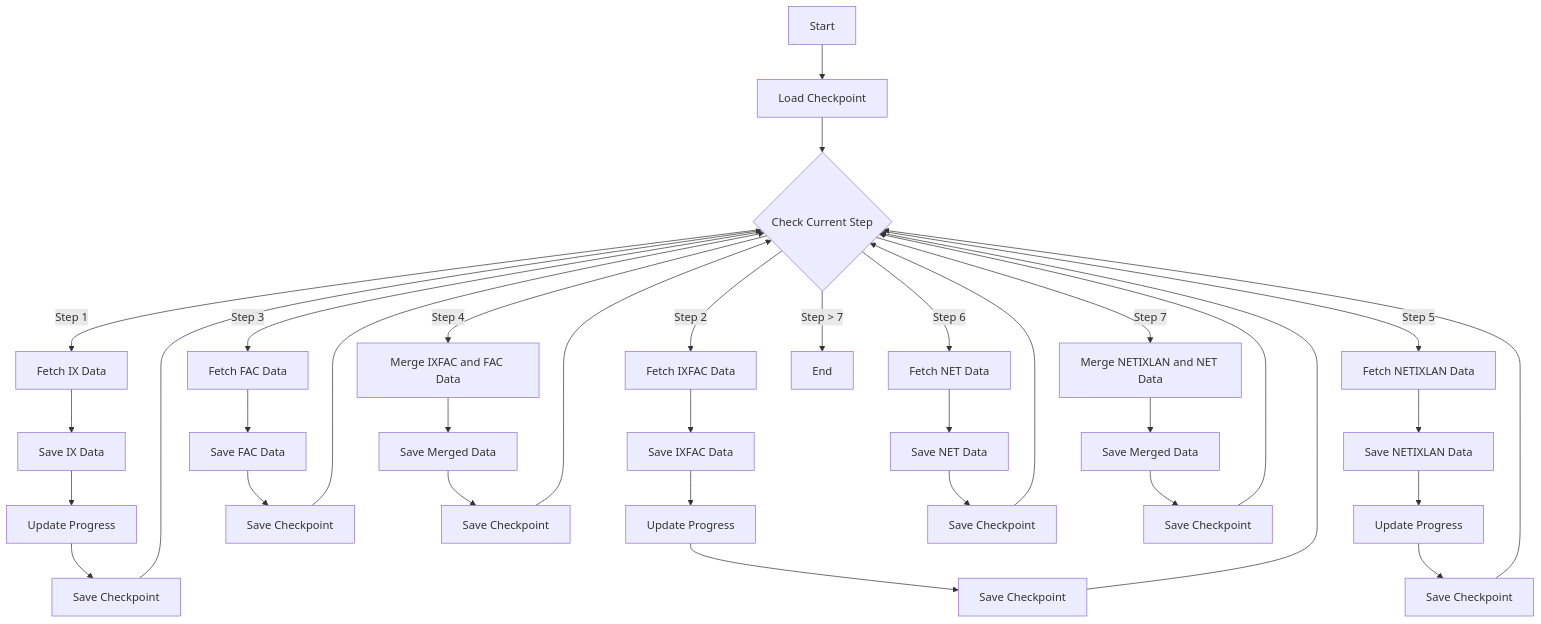
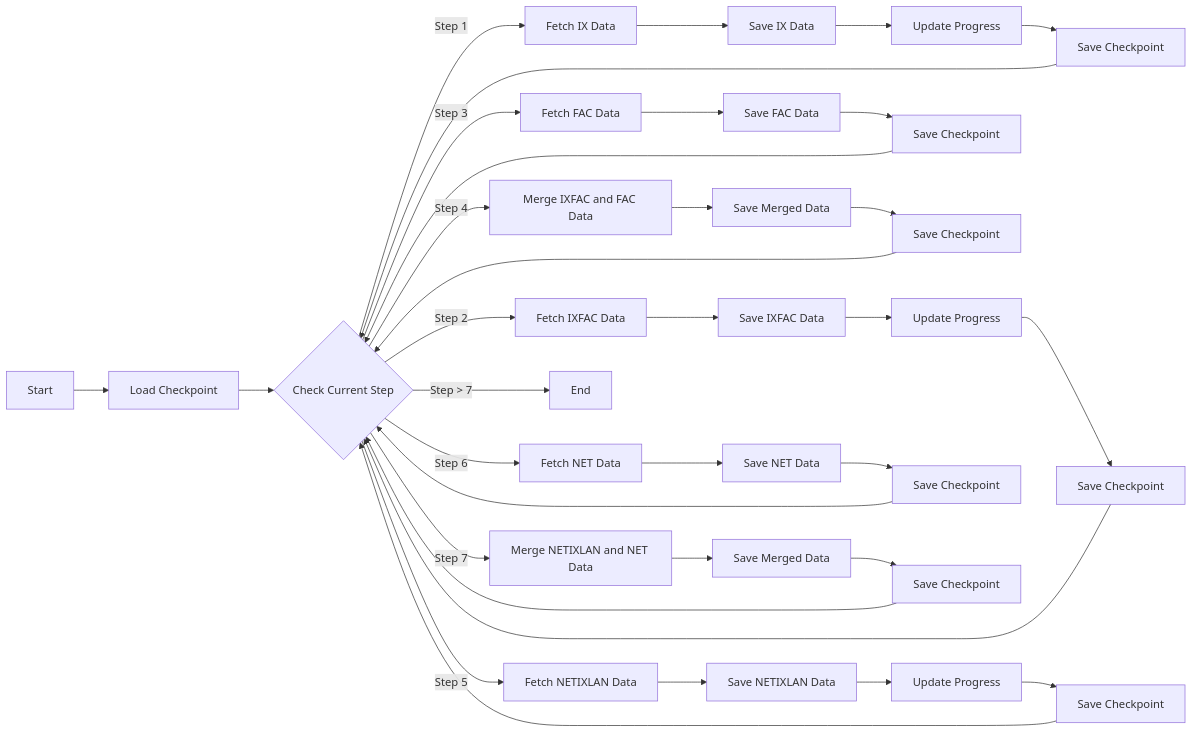
The diagram in PROJECT.md (ibebrasil/ix.br-network-traffic-capacity-analysis), drawn with Mermaid before and after one commit.

Commit message:
fix: Reorder steps in project flow diagram

````diff
--- a/PROJECT.md
+++ b/PROJECT.md
@@ -3,45 +3,45 @@
 ```mermaid
-graph TD
+graph LR
     A[Start] --> B[Load Checkpoint]
     B --> C{Check Current Step}
     
-    C -->|Step 1| D[Fetch IX Data]
-    D --> E[Save IX Data]
-    E --> F[Update Progress]
-    F --> G[Save Checkpoint]
-    G --> C
+    C -->|Step 1| D1[Fetch IX Data]
+    D1 --> E1[Save IX Data]
+    E1 --> F1[Update Progress]
+    F1 --> G1[Save Checkpoint]
+    G1 --> C
     
-    C -->|Step 2| H[Fetch IXFAC Data]
-    H --> I[Save IXFAC Data]
-    I --> J[Update Progress]
-    J --> K[Save Checkpoint]
-    K --> C
+    C -->|Step 2| D2[Fetch IXFAC Data]
+    D2 --> E2[Save IXFAC Data]
+    E2 --> F2[Update Progress]
+    F2 --> G2[Save Checkpoint]
+    G2 --> C
     
-    C -->|Step 3| L[Fetch FAC Data]
-    L --> M[Save FAC Data]
-    M --> N[Save Checkpoint]
-    N --> C
+    C -->|Step 3| D3[Fetch FAC Data]
+    D3 --> E3[Save FAC Data]
+    E3 --> F3[Save Checkpoint]
+    F3 --> C
     
-    C -->|Step 4| O[Merge IXFAC and FAC Data]
-    O --> P[Save Merged Data]
-    P --> Q[Save Checkpoint]
-    Q --> C
+    C -->|Step 4| D4[Merge IXFAC and FAC Data]
+    D4 --> E4[Save Merged Data]
+    E4 --> F4[Save Checkpoint]
+    F4 --> C
     
-    C -->|Step 5| R[Fetch NETIXLAN Data]
-    R --> S[Save NETIXLAN Data]
-    S --> T[Update Progress]
-    T --> U[Save Checkpoint]
-    U --> C
+    C -->|Step 5| D5[Fetch NETIXLAN Data]
+    D5 --> E5[Save NETIXLAN Data]
+    E5 --> F5[Update Progress]
+    F5 --> G5[Save Checkpoint]
+    G5 --> C
     
-    C -->|Step 6| V[Fetch NET Data]
-    V --> W[Save NET Data]
-    W --> X[Save Checkpoint]
-    X --> C
+    C -->|Step 6| D6[Fetch NET Data]
+    D6 --> E6[Save NET Data]
+    E6 --> F6[Save Checkpoint]
+    F6 --> C
     
-    C -->|Step 7| Y[Merge NETIXLAN and NET Data]
-    Y --> Z[Save Merged Data]
-    Z --> AA[Save Checkpoint]
-    AA --> C
+    C -->|Step 7| D7[Merge NETIXLAN and NET Data]
+    D7 --> E7[Save Merged Data]
+    E7 --> F7[Save Checkpoint]
+    F7 --> C
     
-    C -->|Step > 7| AB[End]
+    C -->|Step > 7| Z[End]
 ```
````
